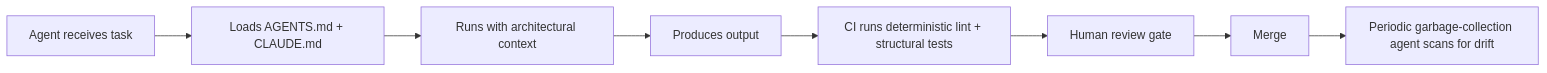
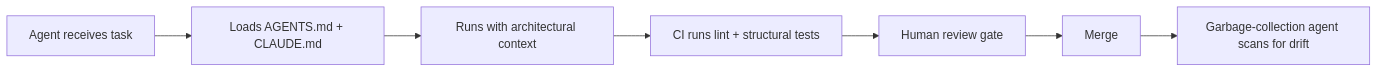
One commit to agentpatterns-ai/website changed the second of 2 diagrams in anti-patterns/shadow-tech-debt.md. Above: the diagram before and after it, drawn with Mermaid. The commit also changed other lines of this file and 118 other files, not shown here.

````diff
--- a/anti-patterns/shadow-tech-debt.md
+++ b/anti-patterns/shadow-tech-debt.md
@@ -66,10 +59,9 @@
 ```mermaid
 graph LR
     A[Agent receives task] --> B[Loads AGENTS.md + CLAUDE.md]
     B --> C[Runs with architectural context]
-    C --> D[Produces output]
-    D --> E[CI runs deterministic lint + structural tests]
-    E --> F[Human review gate]
-    F --> G[Merge]
-    G --> H[Periodic garbage-collection agent scans for drift]
+    C --> D[CI runs lint + structural tests]
+    D --> E[Human review gate]
+    E --> F[Merge]
+    F --> G[Garbage-collection agent scans for drift]
 ```
````
